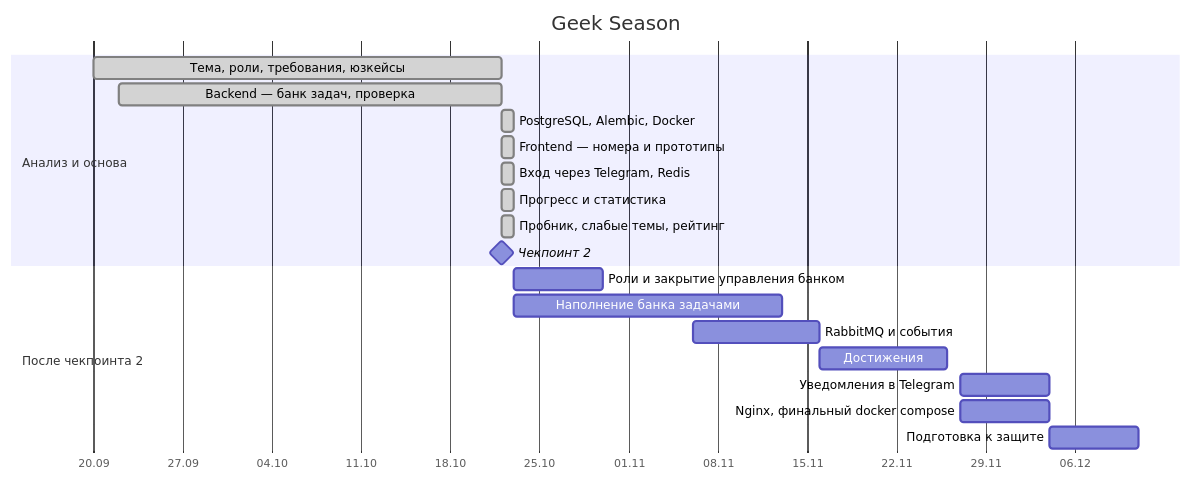
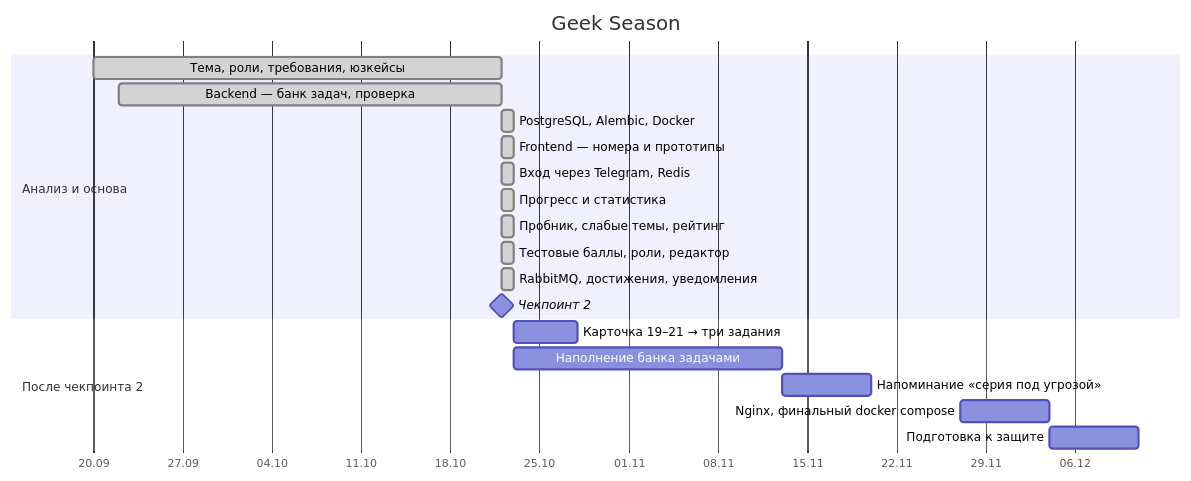
Before and after one commit to Geek-Season/docs: the diagram in plan/roadmap.md, drawn with Mermaid. The commit also changed other lines of this file and 9 other files, not shown here.

````diff
--- a/plan/roadmap.md
+++ b/plan/roadmap.md
@@ -7,25 +7,25 @@
 ```mermaid
 gantt
     title Geek Season
     dateFormat YYYY-MM-DD
     axisFormat %d.%m
 
     section Анализ и основа
     Тема, роли, требования, юзкейсы     :done, a1, 2026-09-20, 2026-10-22
     Backend — банк задач, проверка       :done, a2, 2026-09-22, 2026-10-22
     PostgreSQL, Alembic, Docker          :done, a3, 2026-10-22, 1d
     Frontend — номера и прототипы        :done, a4, 2026-10-22, 1d
     Вход через Telegram, Redis           :done, a5, 2026-10-22, 1d
     Прогресс и статистика                :done, a6, 2026-10-22, 1d
     Пробник, слабые темы, рейтинг        :done, a7, 2026-10-22, 1d
+    Тестовые баллы, роли, редактор       :done, a8, 2026-10-22, 1d
+    RabbitMQ, достижения, уведомления    :done, a9, 2026-10-22, 1d
     Чекпоинт 2                           :milestone, m2, 2026-10-22, 0d
 
     section После чекпоинта 2
-    Роли и закрытие управления банком    :b1, 2026-10-23, 7d
+    Карточка 19–21 → три задания         :b1, 2026-10-23, 5d
     Наполнение банка задачами            :b2, 2026-10-23, 21d
-    RabbitMQ и события                   :b4, 2026-11-06, 10d
-    Достижения                           :b5, 2026-11-16, 10d
-    Уведомления в Telegram               :b6, 2026-11-27, 7d
+    Напоминание «серия под угрозой»      :b6, 2026-11-13, 7d
     Nginx, финальный docker compose      :b7, 2026-11-27, 7d
     Подготовка к защите                  :b8, 2026-12-04, 7d
 ```
````
